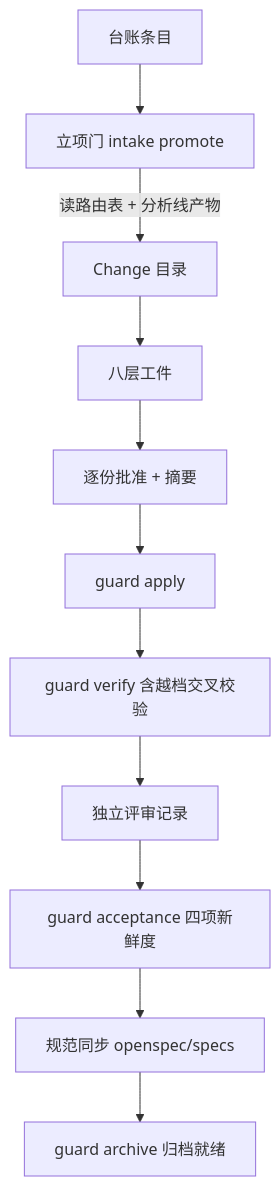
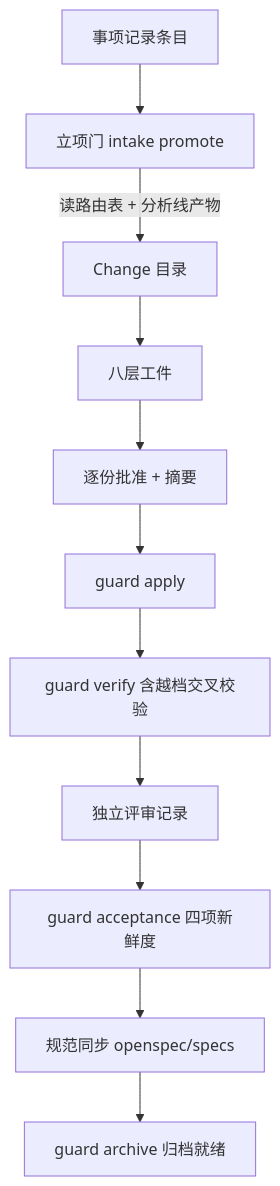
The second of 2 diagrams in openspec/changes/slim-workflow-and-plain-language/03-现状/现状.md (Eridanus117/delivery-spec-runtime), drawn with Mermaid before and after one commit. The commit also changed other lines of this file and 16 other files, not shown here.

````diff
--- a/openspec/changes/slim-workflow-and-plain-language/03-现状/现状.md
+++ b/openspec/changes/slim-workflow-and-plain-language/03-现状/现状.md
@@ -91,13 +94,13 @@
 ```mermaid
 flowchart TD
-    Intake[台账条目] --> Gate1[立项门 intake promote]
+    Intake[事项记录条目] --> Gate1[立项门 intake promote]
     Gate1 -->|读路由表 + 分析线产物| Change[Change 目录]
     Change --> Artifacts[八层工件]
     Artifacts --> Approvals[逐份批准 + 摘要]
     Approvals --> Apply[guard apply]
     Apply --> Verify[guard verify 含越档交叉校验]
     Verify --> Review[独立评审记录]
     Review --> Acceptance[guard acceptance 四项新鲜度]
     Acceptance --> Sync[规范同步 openspec/specs]
     Sync --> Archive[guard archive 归档就绪]
 ```
````
